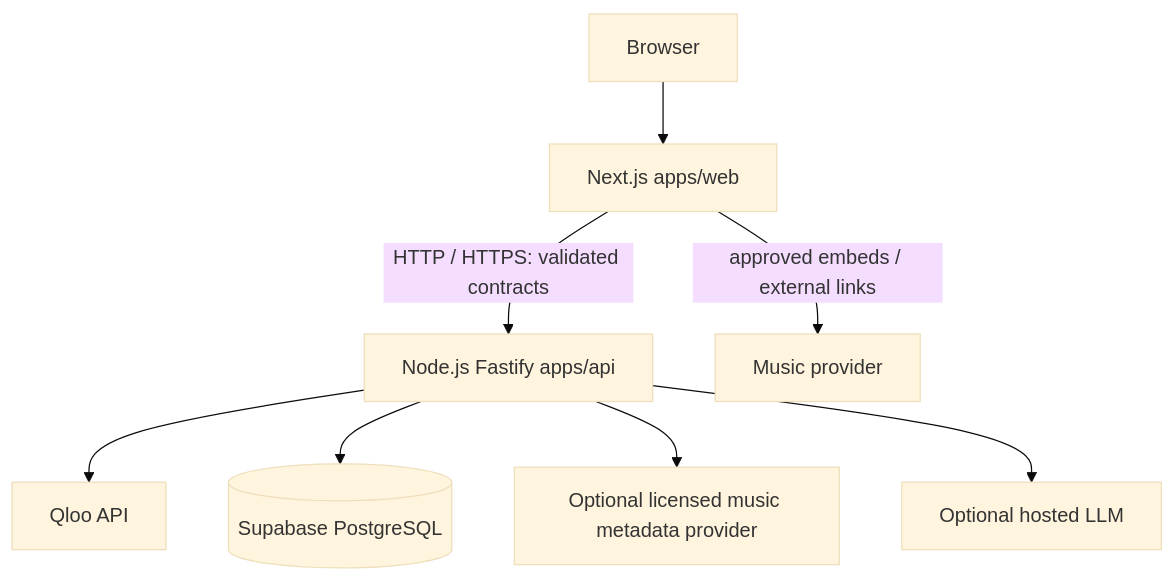
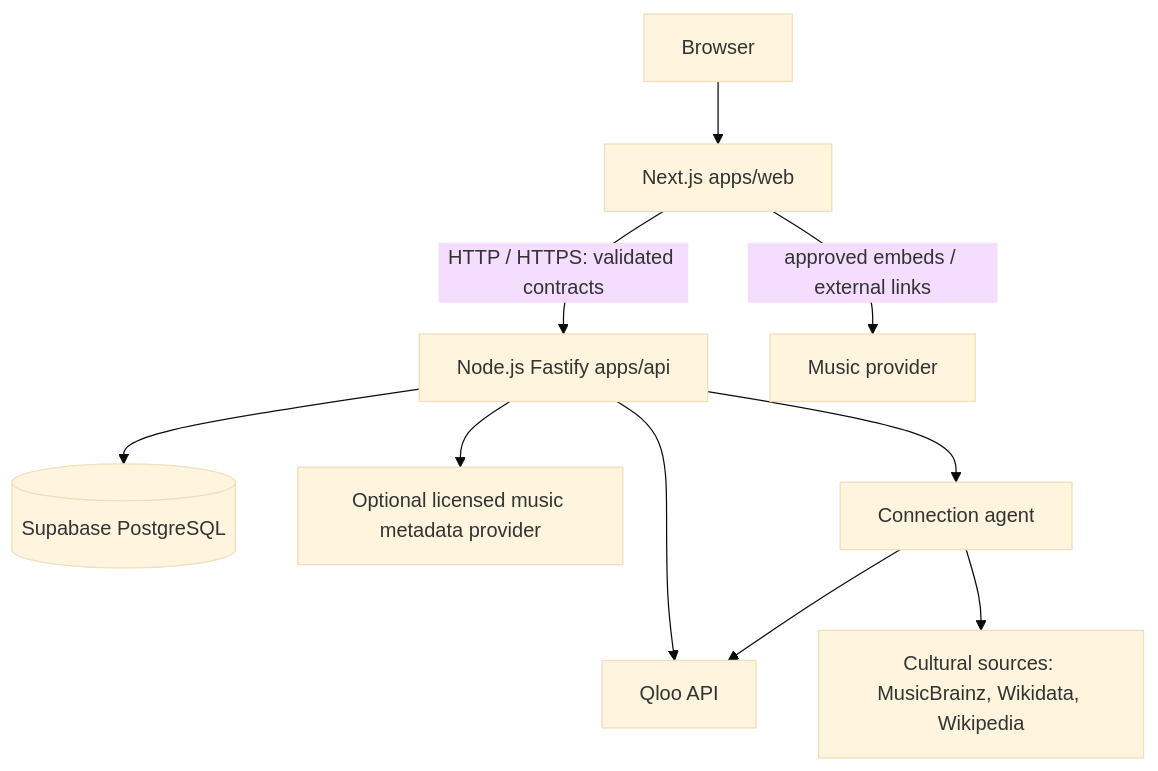
One commit to Mofe-Bankole/worlds.fm changed the second of 2 diagrams in README.md. Above: the diagram before and after it, drawn with Mermaid (base theme). The commit also changed other lines of this file and 3 other files, not shown here.

````diff
--- a/README.md
+++ b/README.md
@@ -140,10 +140,12 @@
 ```mermaid
 flowchart TB
   B[Browser] --> W[Next.js apps/web]
   W -->|HTTP / HTTPS: validated contracts| A[Node.js Fastify apps/api]
   A --> Q[Qloo API]
   A --> DB[(Supabase PostgreSQL)]
   A --> M[Optional licensed music metadata provider]
-  A --> L[Optional hosted LLM]
+  A --> L[Connection agent]
+  L --> Q
+  L --> S[Cultural sources: MusicBrainz, Wikidata, Wikipedia]
   W -->|approved embeds / external links| P[Music provider]
 ```
````
